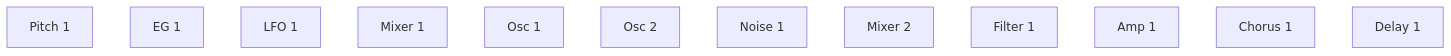
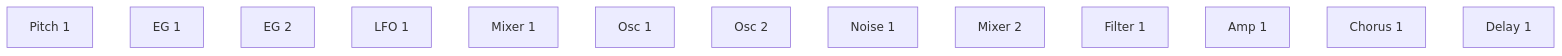
One commit to risgk/midi_synthesizer_spms1 changed the second of 6 diagrams in spms1_type2/README.ja.md. Above: the diagram before and after it, drawn with Mermaid. The commit also changed other lines of this file and 12 other files, not shown here.

````diff
--- a/spms1_type2/README.ja.md
+++ b/spms1_type2/README.ja.md
@@ -249,4 +252,4 @@
 ```mermaid
 flowchart LR
-  PITCH[Pitch 1] ~~~ EG[EG 1] ~~~ LFO[LFO 1] ~~~ MIX1[Mixer 1] ~~~ OSC[Osc 1] ~~~ OSC2[Osc 2] ~~~ NOISE[Noise 1] ~~~ MIX2[Mixer 2] ~~~ FILTER[Filter 1] ~~~ AMP[Amp 1] ~~~ CHORUS[Chorus 1] ~~~ DELAY[Delay 1]
+  PITCH[Pitch 1] ~~~ EG[EG 1] ~~~ EG2[EG 2] ~~~ LFO[LFO 1] ~~~ MIX1[Mixer 1] ~~~ OSC[Osc 1] ~~~ OSC2[Osc 2] ~~~ NOISE[Noise 1] ~~~ MIX2[Mixer 2] ~~~ FILTER[Filter 1] ~~~ AMP[Amp 1] ~~~ CHORUS[Chorus 1] ~~~ DELAY[Delay 1]
 ```
````
